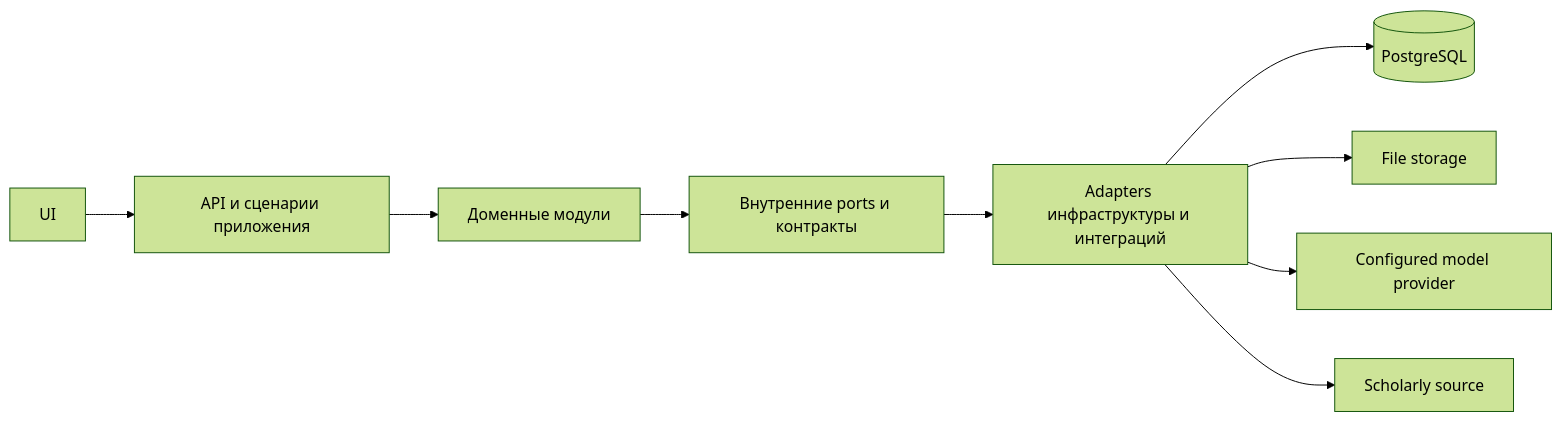
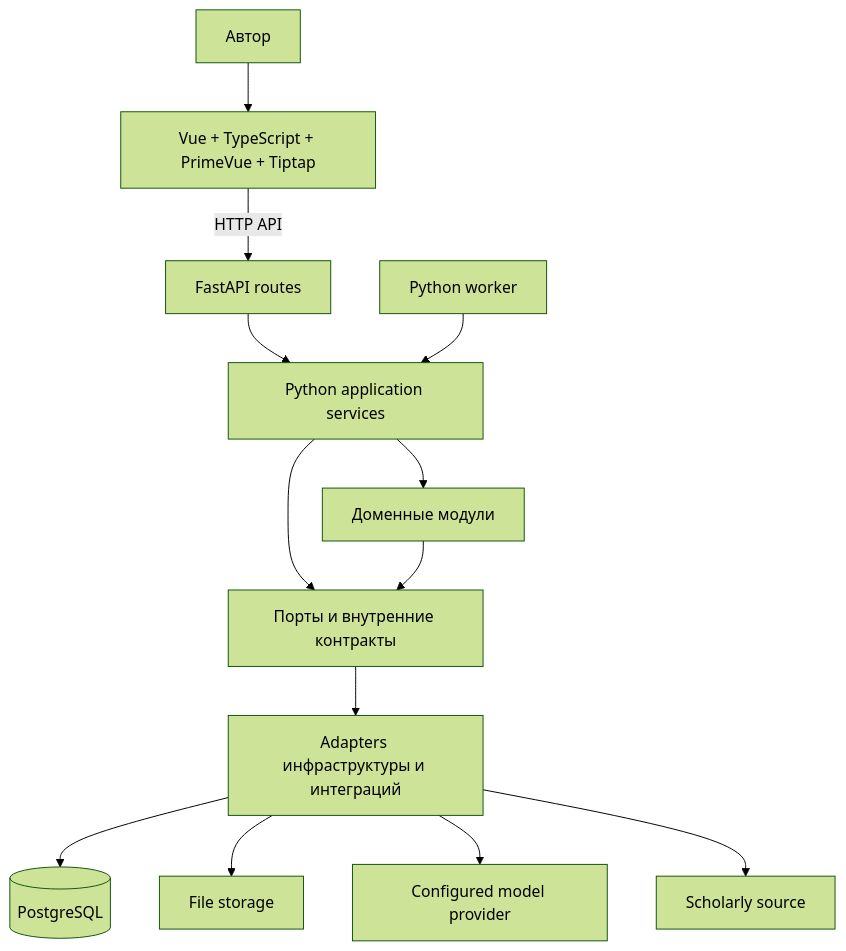
The diagram in docs/architecture.md (Vealo/paperweave), drawn with Mermaid (forest theme) before and after one commit. The commit also changed other lines of this file and 58 other files, not shown here.

````diff
--- a/docs/architecture.md
+++ b/docs/architecture.md
@@ -82,11 +146,15 @@
 ```mermaid
-flowchart LR
-  UI[UI] --> API[API и сценарии приложения]
-  API --> MOD[Доменные модули]
-  MOD --> PORTS[Внутренние ports и контракты]
+flowchart TD
+  AUTHOR[Автор] --> FE[Vue + TypeScript + PrimeVue + Tiptap]
+  FE -->|HTTP API| API[FastAPI routes]
+  API --> SVC[Python application services]
+  WORKER[Python worker] --> SVC
+  SVC --> MOD[Доменные модули]
+  SVC --> PORTS[Порты и внутренние контракты]
+  MOD --> PORTS
   PORTS --> AD[Adapters инфраструктуры и интеграций]
   AD --> DB[(PostgreSQL)]
   AD --> FS[File storage]
   AD --> LLM[Configured model provider]
   AD --> SCH[Scholarly source]
 ```
````
